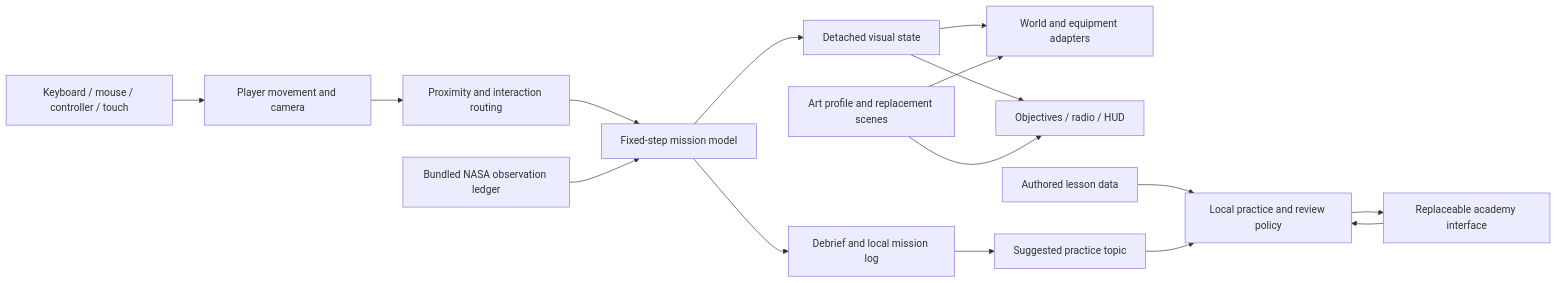
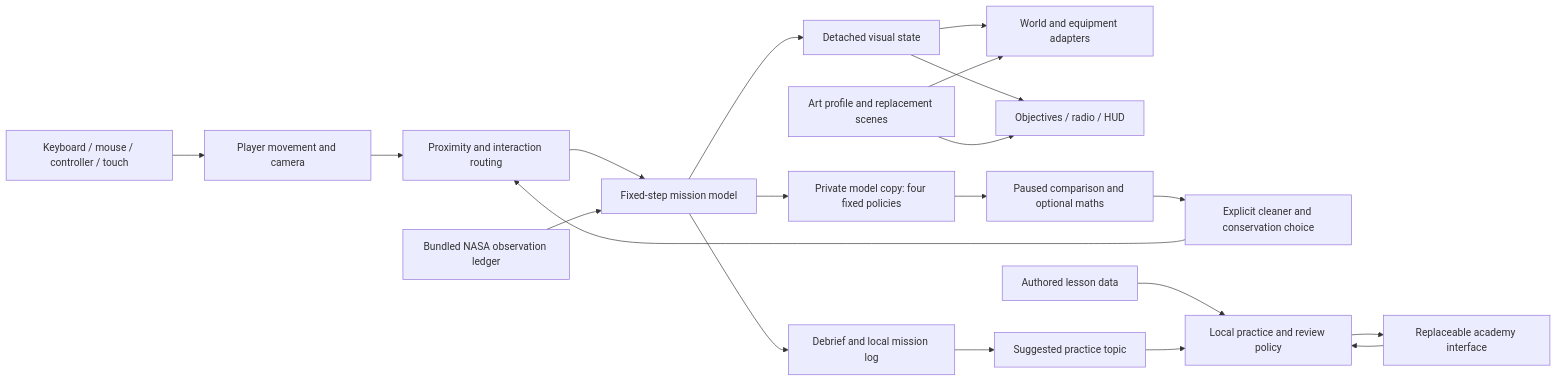
Before and after one commit to roshaninfordham/NASA-SPACE-APPS-HACKATHON-2026: the diagram in docs/ARCHITECTURE.md, drawn with Mermaid. The commit also changed other lines of this file and 55 other files, not shown here.

````diff
--- a/docs/ARCHITECTURE.md
+++ b/docs/ARCHITECTURE.md
@@ -9,18 +9,22 @@
 ```mermaid
 flowchart LR
   Input[Keyboard / mouse / controller / touch] --> Player[Player movement and camera]
   Player --> Interactions[Proximity and interaction routing]
   Interactions --> Model[Fixed-step mission model]
   Sources[Bundled NASA observation ledger] --> Model
   Model --> Snapshot[Detached visual state]
   Snapshot --> World[World and equipment adapters]
   Snapshot --> HUD[Objectives / radio / HUD]
   Art[Art profile and replacement scenes] --> World
   Art --> HUD
+  Model --> Projection[Private model copy: four fixed policies]
+  Projection --> Planner[Paused comparison and optional maths]
+  Planner --> Intent[Explicit cleaner and conservation choice]
+  Intent --> Interactions
   Model --> Debrief[Debrief and local mission log]
   Debrief --> Support[Suggested practice topic]
   Lessons[Authored lesson data] --> Tutor[Local practice and review policy]
   Support --> Tutor
   Tutor --> Academy[Replaceable academy interface]
   Academy --> Tutor
 ```
````
